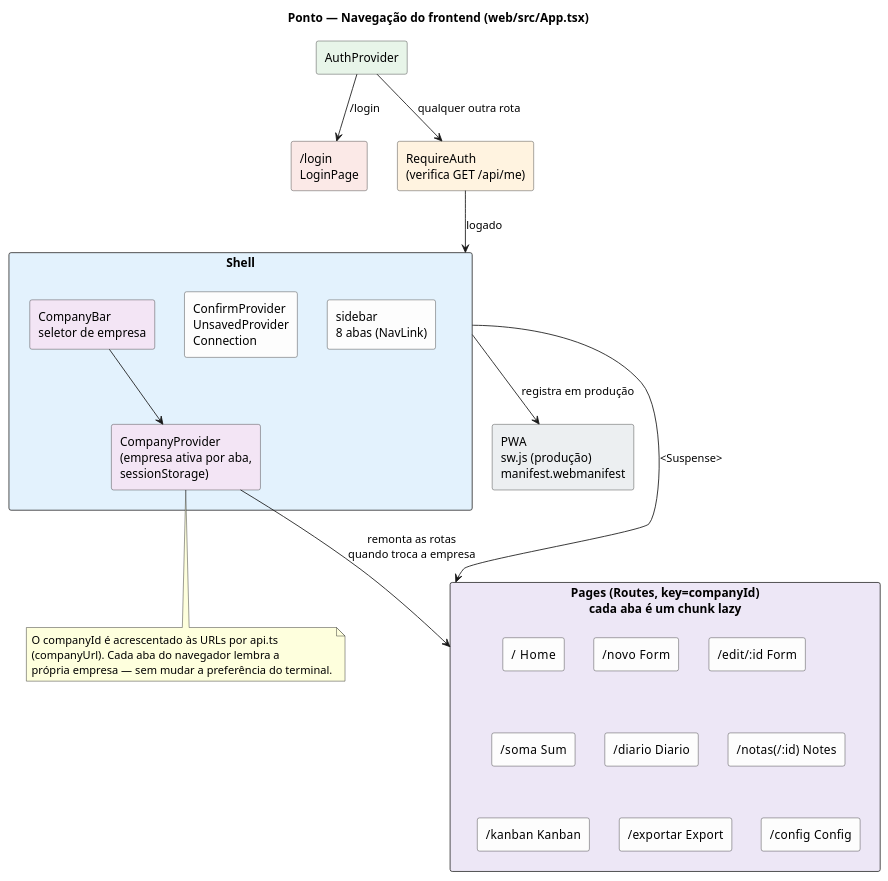
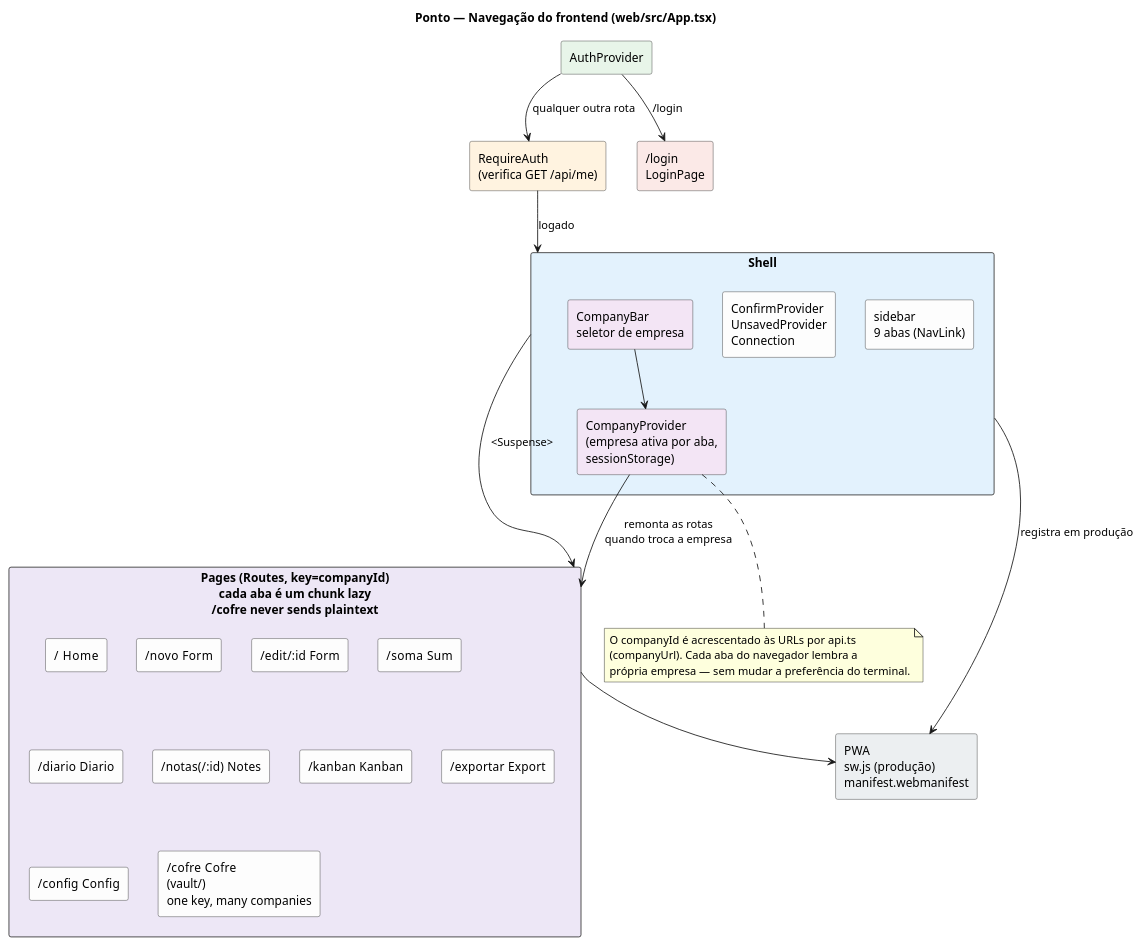
The diagram in docs/diagramas/06-frontend-navegacao.puml (thiagohmm/ponto), drawn with PlantUML before and after one commit. The commit also changed 71 other files, not shown here.

```diff
--- a/docs/diagramas/06-frontend-navegacao.puml
+++ b/docs/diagramas/06-frontend-navegacao.puml
@@ -1,49 +1,51 @@
 @startuml frontend-navegacao
 title Ponto — Navegação do frontend (web/src/App.tsx)
 
 skinparam shadowing false
 skinparam rectangle {
   BackgroundColor #FDFDFD
   BorderColor #333333
 }
 
 rectangle "AuthProvider" as auth #E8F5E9 {
 }
 rectangle "/login\nLoginPage" as login #FBE9E7
 rectangle "RequireAuth\n(verifica GET /api/me)" as guard #FFF3E0
 
 rectangle "Shell" as shell #E3F2FD {
-  rectangle "sidebar\n8 abas (NavLink)" as nav
+  rectangle "sidebar\n9 abas (NavLink)" as nav
   rectangle "ConfirmProvider\nUnsavedProvider\nConnection" as ctx
   rectangle "CompanyProvider\n(empresa ativa por aba,\nsessionStorage)" as company #F3E5F5
   rectangle "CompanyBar\nseletor de empresa" as bar #F3E5F5
 }
 
-rectangle "Pages (Routes, key=companyId)\ncada aba é um chunk lazy" as pages #EDE7F6 {
+rectangle "Pages (Routes, key=companyId)\ncada aba é um chunk lazy\n/cofre never sends plaintext" as pages #EDE7F6 {
   rectangle "/  Home" as r1
   rectangle "/novo  Form" as r2
   rectangle "/edit/:id  Form" as r3
   rectangle "/soma  Sum" as r4
   rectangle "/diario  Diario" as r5
   rectangle "/notas(/:id)  Notes" as r6
   rectangle "/kanban  Kanban" as r7
   rectangle "/exportar  Export" as r8
   rectangle "/config  Config" as r9
+  rectangle "/cofre  Cofre\n(vault/)\none key, many companies" as r10
 }
 
 rectangle "PWA\nsw.js (produção)\nmanifest.webmanifest" as pwa #ECEFF1
 
 auth --> login : /login
 auth --> guard : qualquer outra rota
 guard --> shell : logado
 shell --> pages : <Suspense>
 company --> pages : remonta as rotas\nquando troca a empresa
 bar --> company
+pages --> pwa
 shell --> pwa : registra em produção
 
 note bottom of company
   O companyId é acrescentado às URLs por api.ts
   (companyUrl). Cada aba do navegador lembra a
   própria empresa — sem mudar a preferência do terminal.
 end note
 @enduml
```
